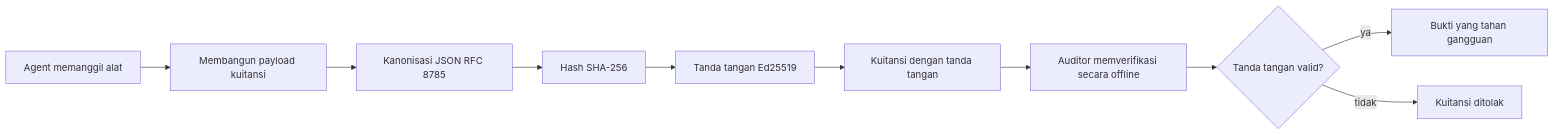
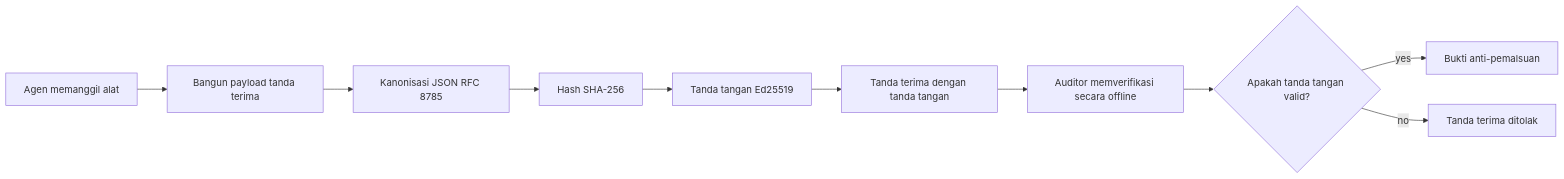
One commit to gabrielmoreira/agent-skills-mirror changed the first of 2 diagrams in mirrors/repos/microsoft@ai-agents-for-beginners/translations/id/18-securing-ai-agents/README.md. Above: the diagram before and after it, drawn with Mermaid. The commit also changed other lines of this file and 8886 other files, not shown here.

````diff
--- a/mirrors/repos/microsoft@ai-agents-for-beginners/translations/id/18-securing-ai-agents/README.md
+++ b/mirrors/repos/microsoft@ai-agents-for-beginners/translations/id/18-securing-ai-agents/README.md
@@ -51,12 +51,12 @@
 ```mermaid
 flowchart LR
-    A[Agent memanggil alat] --> B[Membangun payload kuitansi]
+    A[Agen memanggil alat] --> B[Bangun payload tanda terima]
     B --> C[Kanonisasi JSON RFC 8785]
     C --> D[Hash SHA-256]
     D --> E[Tanda tangan Ed25519]
-    E --> F[Kuitansi dengan tanda tangan]
+    E --> F[Tanda terima dengan tanda tangan]
     F --> G[Auditor memverifikasi secara offline]
-    G --> H{Tanda tangan valid?}
-    H -- ya --> I[Bukti yang tahan gangguan]
-    H -- tidak --> J[Kuitansi ditolak]
+    G --> H{Apakah tanda tangan valid?}
+    H -- yes --> I[Bukti anti-pemalsuan]
+    H -- no --> J[Tanda terima ditolak]
 ```
````
